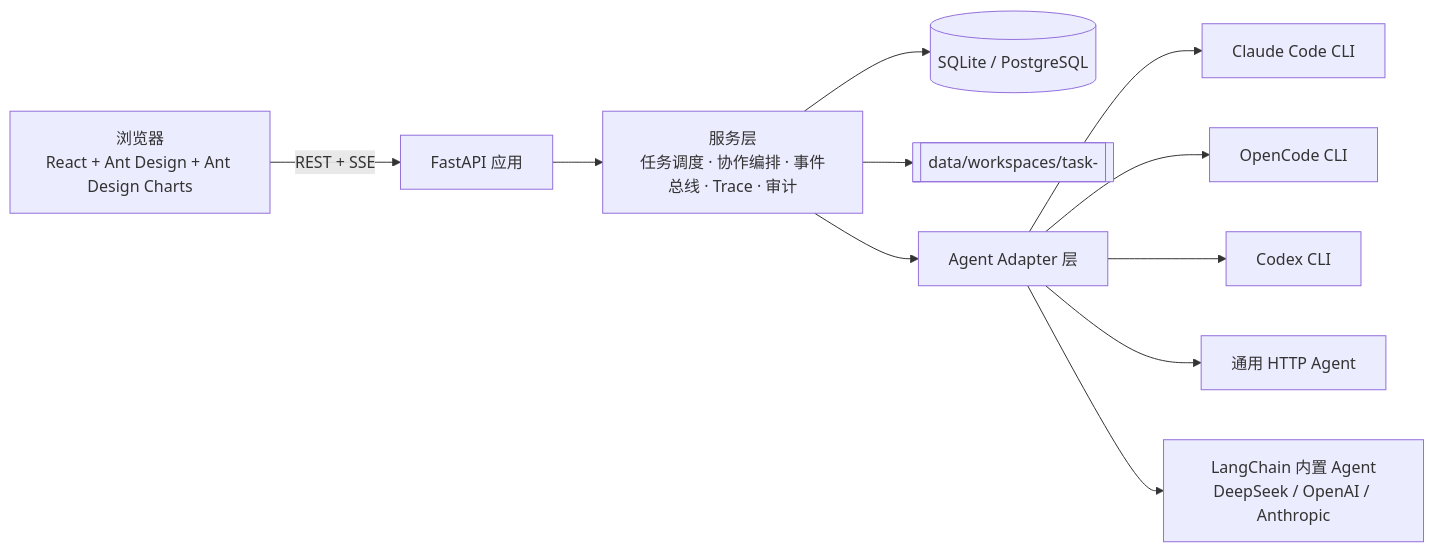
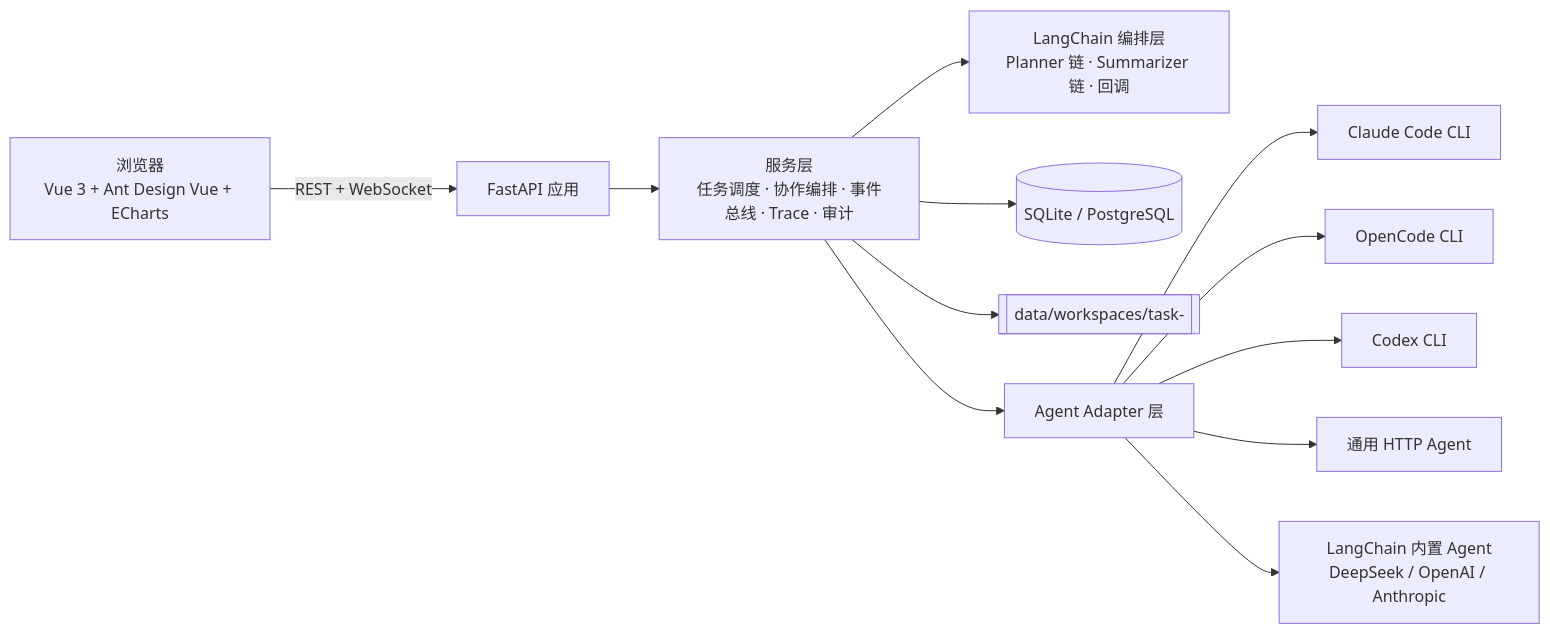
Before and after one commit to adg9527/agentops-center: the diagram in README.md, drawn with Mermaid. The commit also changed other lines of this file and 55 other files, not shown here.

First line of the commit message:
refactor: 编排迁到 LangChain LCEL，前端重写为 Vue 3 + TS + Vite

````diff
--- a/README.md
+++ b/README.md
@@ -62,13 +63,14 @@
 ```mermaid
 flowchart LR
-  U["浏览器<br/>React + Ant Design + Ant Design Charts"] -->|REST + SSE| A["FastAPI 应用"]
+  U["浏览器<br/>Vue 3 + Ant Design Vue + ECharts"] -->|REST + WebSocket| A["FastAPI 应用"]
   A --> S["服务层<br/>任务调度 · 协作编排 · 事件总线 · Trace · 审计"]
+  S --> L["LangChain 编排层<br/>Planner 链 · Summarizer 链 · 回调"]
   S --> DB[("SQLite / PostgreSQL")]
   S --> W[["data/workspaces/task-<id>"]]
   S --> AD["Agent Adapter 层"]
   AD --> C1["Claude Code CLI"]
   AD --> C2["OpenCode CLI"]
   AD --> C3["Codex CLI"]
   AD --> C4["通用 HTTP Agent"]
   AD --> C5["LangChain 内置 Agent<br/>DeepSeek / OpenAI / Anthropic"]
 ```
````
